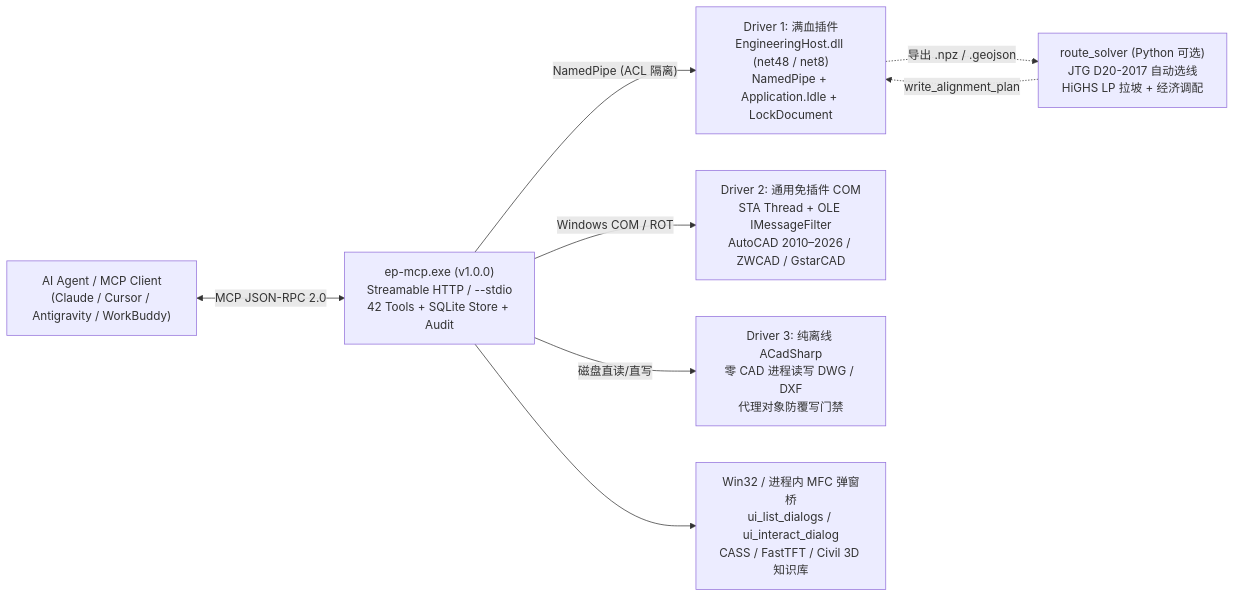
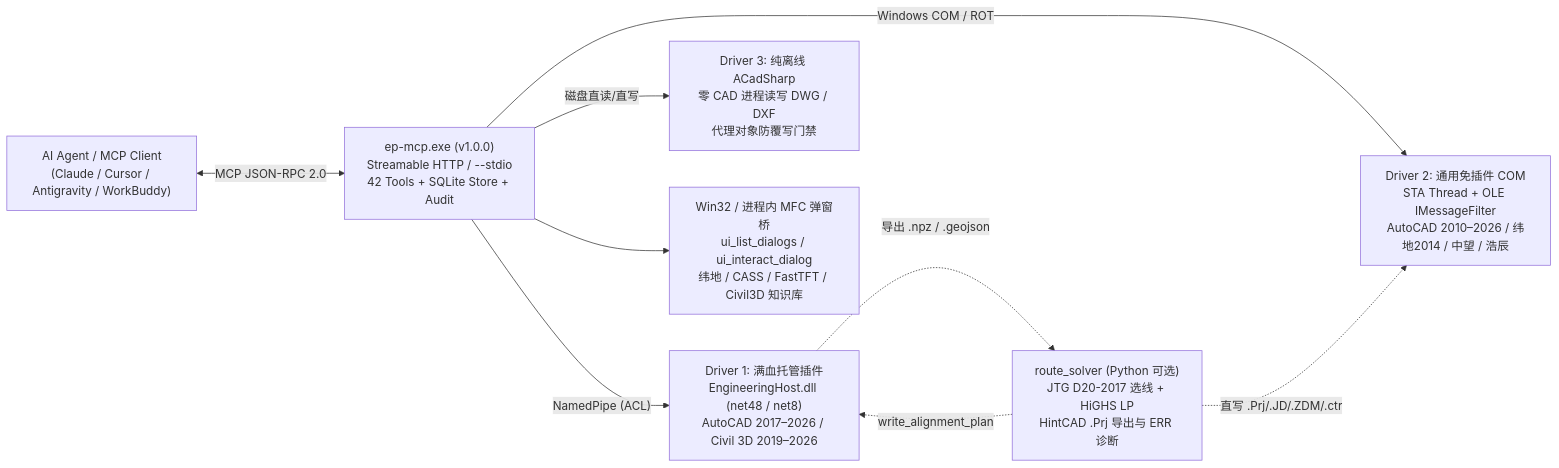
Before and after one commit to Brianless/engineering-platform: the diagram in README.md, drawn with Mermaid. The commit also changed other lines of this file and 1 other file, not shown here.

Commit message:
Rewrite README and update RELEASE_NOTES with HintCAD V8 full-stack integration

````diff
--- a/README.md
+++ b/README.md
@@ -54,19 +64,20 @@
 ```mermaid
 flowchart LR
     Agent["AI Agent / MCP Client<br/>(Claude / Cursor / Antigravity / WorkBuddy)"]
     GW["ep-mcp.exe (v1.0.0)<br/>Streamable HTTP / --stdio<br/>42 Tools + SQLite Store + Audit"]
 
-    D1["Driver 1: 满血插件<br/>EngineeringHost.dll (net48 / net8)<br/>NamedPipe + Application.Idle + LockDocument"]
-    D2["Driver 2: 通用免插件 COM<br/>STA Thread + OLE IMessageFilter<br/>AutoCAD 2010–2026 / ZWCAD / GstarCAD"]
+    D1["Driver 1: 满血托管插件<br/>EngineeringHost.dll (net48 / net8)<br/>AutoCAD 2017–2026 / Civil 3D 2019–2026"]
+    D2["Driver 2: 通用免插件 COM<br/>STA Thread + OLE IMessageFilter<br/>AutoCAD 2010–2026 / 纬地2014 / 中望 / 浩辰"]
     D3["Driver 3: 纯离线 ACadSharp<br/>零 CAD 进程读写 DWG / DXF<br/>代理对象防覆写门禁"]
-    UI["Win32 / 进程内 MFC 弹窗桥<br/>ui_list_dialogs / ui_interact_dialog<br/>CASS / FastTFT / Civil 3D 知识库"]
-    RS["route_solver (Python 可选)<br/>JTG D20-2017 自动选线<br/>HiGHS LP 拉坡 + 经济调配"]
+    UI["Win32 / 进程内 MFC 弹窗桥<br/>ui_list_dialogs / ui_interact_dialog<br/>纬地 / CASS / FastTFT / Civil3D 知识库"]
+    RS["route_solver (Python 可选)<br/>JTG D20-2017 选线 + HiGHS LP<br/>HintCAD .Prj 导出与 ERR 诊断"]
 
     Agent <-->|"MCP JSON-RPC 2.0"| GW
-    GW -->|"NamedPipe (ACL 隔离)"| D1
+    GW -->|"NamedPipe (ACL)"| D1
     GW -->|"Windows COM / ROT"| D2
     GW -->|"磁盘直读/直写"| D3
     GW --> UI
     D1 -.->|"导出 .npz / .geojson"| RS
     RS -.->|"write_alignment_plan"| D1
+    RS -.->|"直写 .Prj/.JD/.ZDM/.ctr"| D2
 ```
````
